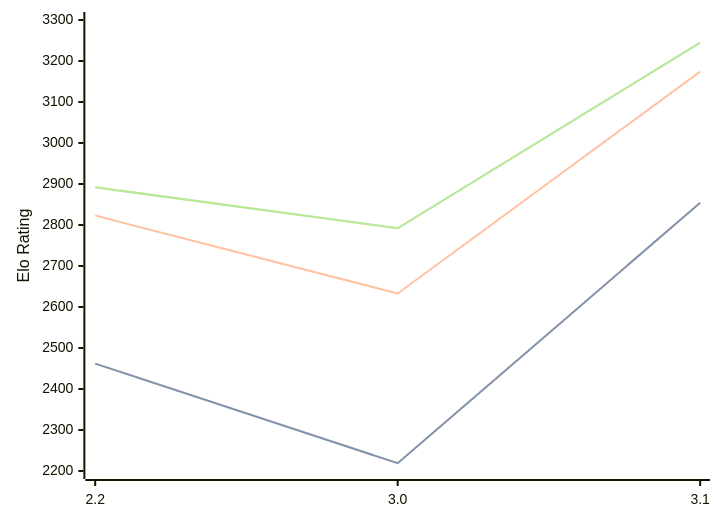
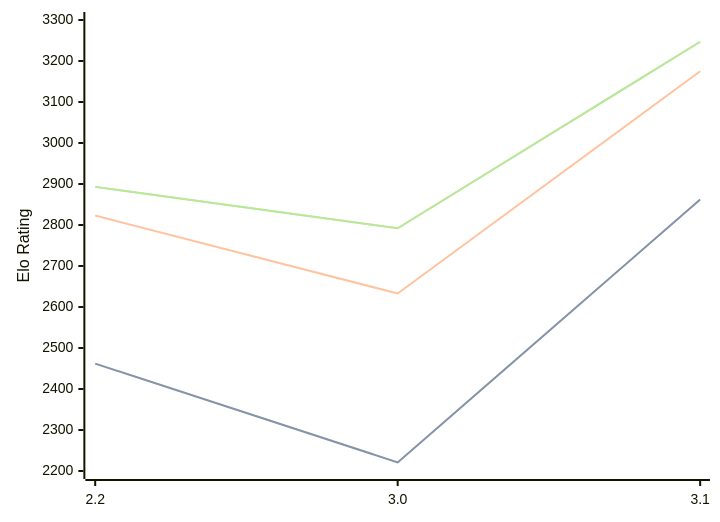
Before and after one commit to computer-chess-index/cci: the third of 3 diagrams in engines/Thrawn.md, drawn with Mermaid. The commit also changed other lines of this file, not shown here.

Commit message:
Update CCI Ratings (ELO VLTC) - 2026-07-14

````diff
--- a/engines/Thrawn.md
+++ b/engines/Thrawn.md
@@ -74,11 +74,11 @@
 ```mermaid
 %%{init: {"theme":"base","themeVariables":{"seriesColors:['#a3a3a3','#222221','#faa371']}}}%%
 xychart-beta
   x-axis ["2.2", "3.0", "3.1"]
   y-axis "Elo Rating" 2200 --> 3300
-  line "STC (8.0+0.08s)" [2462, 2219, 2854]
-  line "STC (8.0+0.08s)" [2462, 2219, 2854]
-  line "LTC (60.0+0.60s)" [2823, 2633, 3174]
-  line "VLTC (2m24s+1.12s)" [2892, 2792, 3245]
-  line "VLTC (2m24s+1.12s)" [2892, 2792, 3245]
+  line "STC (8.0+0.08s)" [2462, 2221, 2862]
+  line "STC (8.0+0.08s)" [2462, 2221, 2862]
+  line "LTC (60.0+0.60s)" [2823, 2633, 3175]
+  line "VLTC (2m24s+1.12s)" [2893, 2792, 3247]
+  line "VLTC (2m24s+1.12s)" [2893, 2792, 3247]
 ```
````
